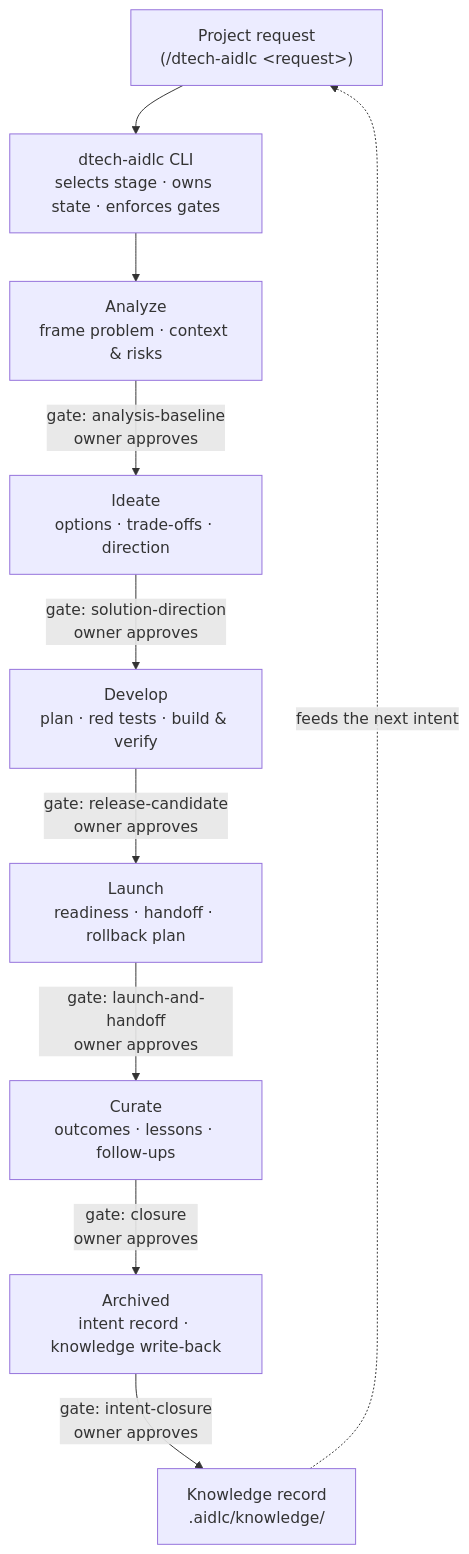
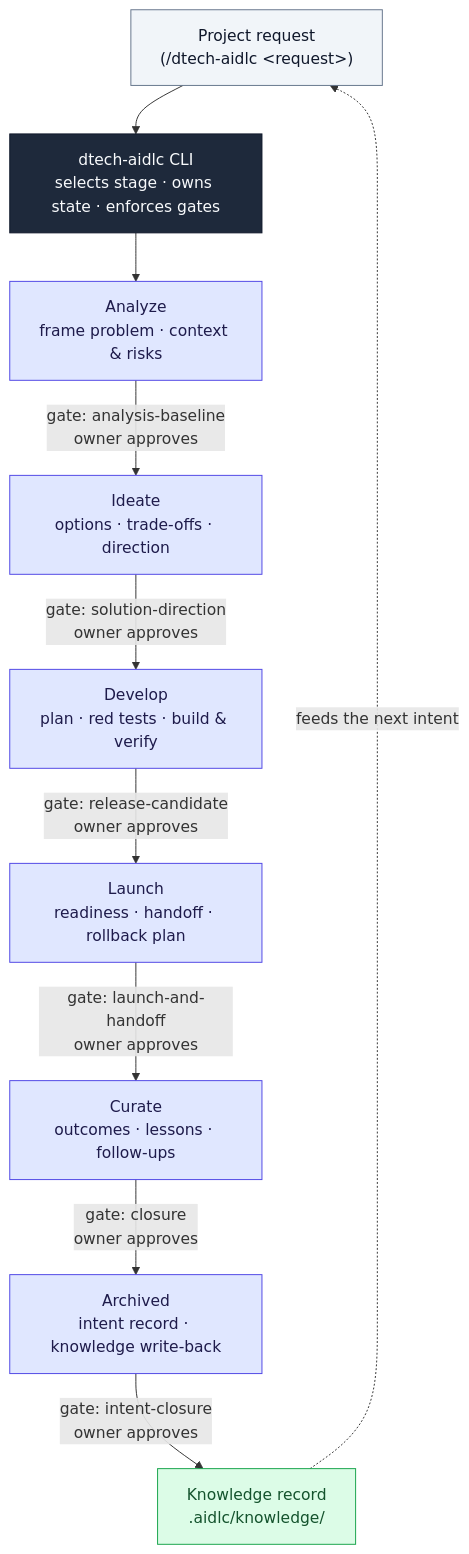
One commit to doitsu2014/my-aidlc changed the diagram in README.md. Above: the diagram before and after it, drawn with Mermaid. The commit also changed other lines of this file, not shown here.

````diff
--- a/README.md
+++ b/README.md
@@ -21,12 +112,21 @@
 ```mermaid
 flowchart TD
     Req["Project request<br/>(/dtech-aidlc &lt;request&gt;)"] --> CLI["dtech-aidlc CLI<br/>selects stage · owns state · enforces gates"]
     CLI --> A["Analyze<br/>frame problem · context & risks"]
     A -->|gate: analysis-baseline<br/>owner approves| I["Ideate<br/>options · trade-offs · direction"]
     I -->|gate: solution-direction<br/>owner approves| D["Develop<br/>plan · red tests · build & verify"]
     D -->|gate: release-candidate<br/>owner approves| L["Launch<br/>readiness · handoff · rollback plan"]
     L -->|gate: launch-and-handoff<br/>owner approves| C["Curate<br/>outcomes · lessons · follow-ups"]
     C -->|gate: closure<br/>owner approves| Ar["Archived<br/>intent record · knowledge write-back"]
     Ar -->|gate: intent-closure<br/>owner approves| K["Knowledge record<br/>.aidlc/knowledge/"]
     K -.->|feeds the next intent| Req
+
+    classDef entry fill:#f1f5f9,stroke:#64748b,color:#0f172a
+    classDef engine fill:#1e293b,stroke:#0f172a,color:#f8fafc
+    classDef phase fill:#e0e7ff,stroke:#4f46e5,color:#1e1b4b
+    classDef knowledge fill:#dcfce7,stroke:#16a34a,color:#14532d
+    class Req entry
+    class CLI engine
+    class A,I,D,L,C,Ar phase
+    class K knowledge
 ```
````
